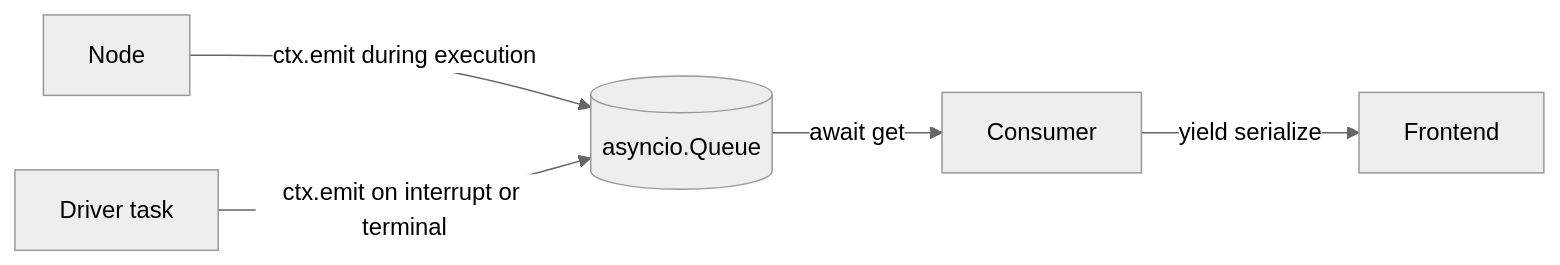
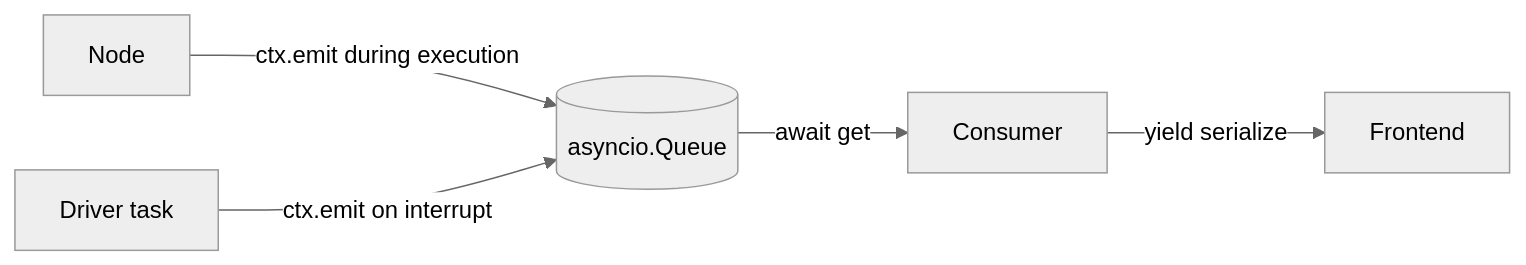
Before and after one commit to Dummy-Bug/system-design-handbook: the first of 2 diagrams in AI-Engineering/01-Daily-Learning/2026-04-27/12-Driver-Pattern-and-Funneling-Graph-Events.md, drawn with Mermaid (neutral theme). The commit also changed other lines of this file and 2 other files, not shown here.

Commit message:
adding learning

````diff
--- a/AI-Engineering/01-Daily-Learning/2026-04-27/12-Driver-Pattern-and-Funneling-Graph-Events.md
+++ b/AI-Engineering/01-Daily-Learning/2026-04-27/12-Driver-Pattern-and-Funneling-Graph-Events.md
@@ -127,7 +127,7 @@
 ```mermaid
 graph LR
     N[Node] -->|ctx.emit during execution| Q[(asyncio.Queue)]
-    D[Driver task] -->|ctx.emit on interrupt or terminal| Q
+    D[Driver task] -->|ctx.emit on interrupt| Q
     Q -->|await get| C[Consumer]
     C -->|yield serialize| F[Frontend]
 ```
````
